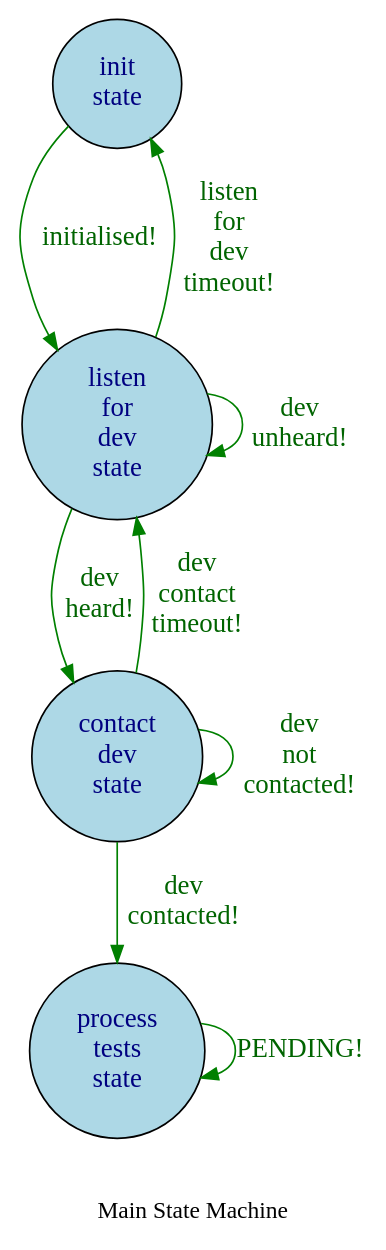
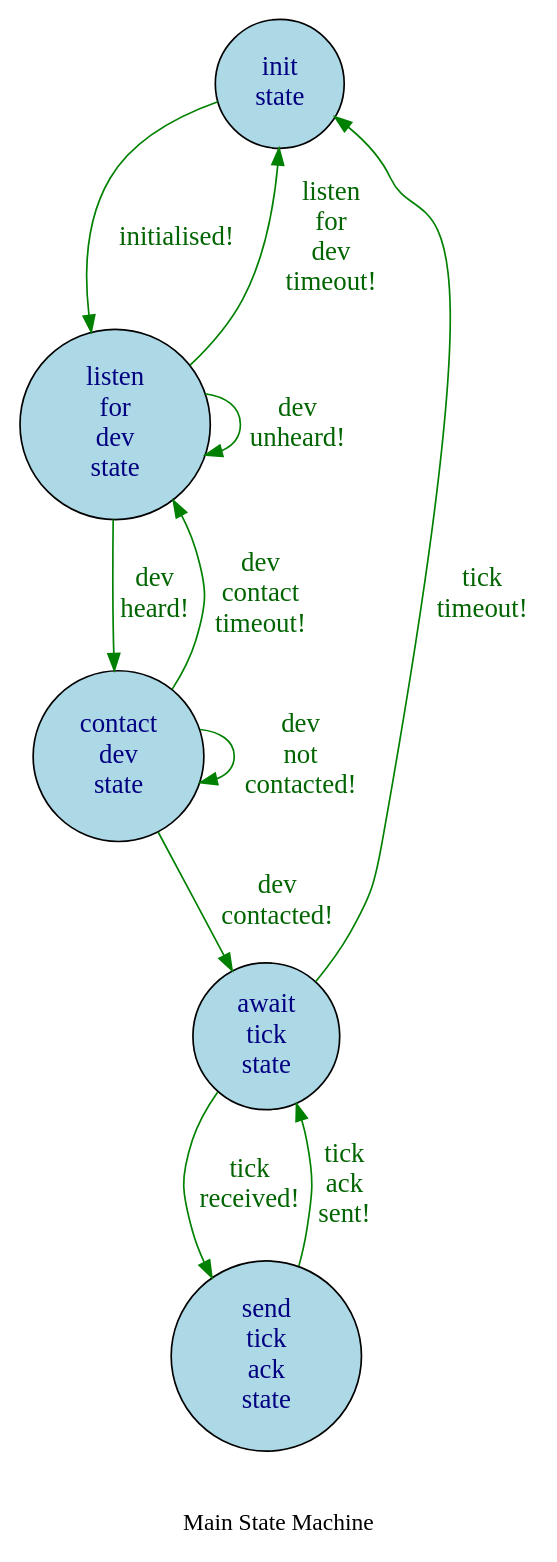
One commit to mjago/sprockets changed the diagram in lib/tertiary_state_machine.dot. Above: the diagram before and after it, drawn with Graphviz. The commit also changed 9 other files, not shown here.

Commit message:
added tick to dev

```diff
--- a/lib/tertiary_state_machine.dot
+++ b/lib/tertiary_state_machine.dot
@@ -1,21 +1,25 @@
 digraph draw_state_machine {
   graph [bgcolor = white, label = "\n\nMain State Machine", rankdir = "UD"];
   edge [color = green, fontcolor = darkgreen, fontname = "verdana", fontsize = "16", url = "http://google.com"];
   node [color = black, fillcolor = lightblue, fontcolor = navyblue, fontname = "verdana", fontsize = "16", shape = circle, style = filled, url = "http://google.com"];
   init_state [label = "init\nstate"];
   init_state -> listen_for_dev_state [label = "initialised!"];
   listen_for_dev_state [label = "listen\nfor\ndev\nstate"];
   listen_for_dev_state -> listen_for_dev_state [label = "dev\nunheard!"];
   listen_for_dev_state [label = "listen\nfor\ndev\nstate"];
   listen_for_dev_state -> contact_dev_state [label = "dev\nheard!"];
   listen_for_dev_state [label = "listen\nfor\ndev\nstate"];
   listen_for_dev_state -> init_state [label = "listen\nfor\ndev\ntimeout!"];
   contact_dev_state [label = "contact\ndev\nstate"];
   contact_dev_state -> contact_dev_state [label = "dev\nnot\ncontacted!"];
   contact_dev_state [label = "contact\ndev\nstate"];
-  contact_dev_state -> process_tests_state [label = "dev\ncontacted!"];
+  contact_dev_state -> await_tick_state [label = "dev\ncontacted!"];
   contact_dev_state [label = "contact\ndev\nstate"];
   contact_dev_state -> listen_for_dev_state [label = "dev\ncontact\ntimeout!"];
-  process_tests_state [label = "process\ntests\nstate"];
-  process_tests_state -> process_tests_state [label = "PENDING!"];
+  await_tick_state [label = "await\ntick\nstate"];
+  await_tick_state -> send_tick_ack_state [label = "tick\nreceived!"];
+  await_tick_state [label = "await\ntick\nstate"];
+  await_tick_state -> init_state [label = "tick\ntimeout!"];
+  send_tick_ack_state [label = "send\ntick\nack\nstate"];
+  send_tick_ack_state -> await_tick_state [label = "tick\nack\nsent!"];
 }
```
